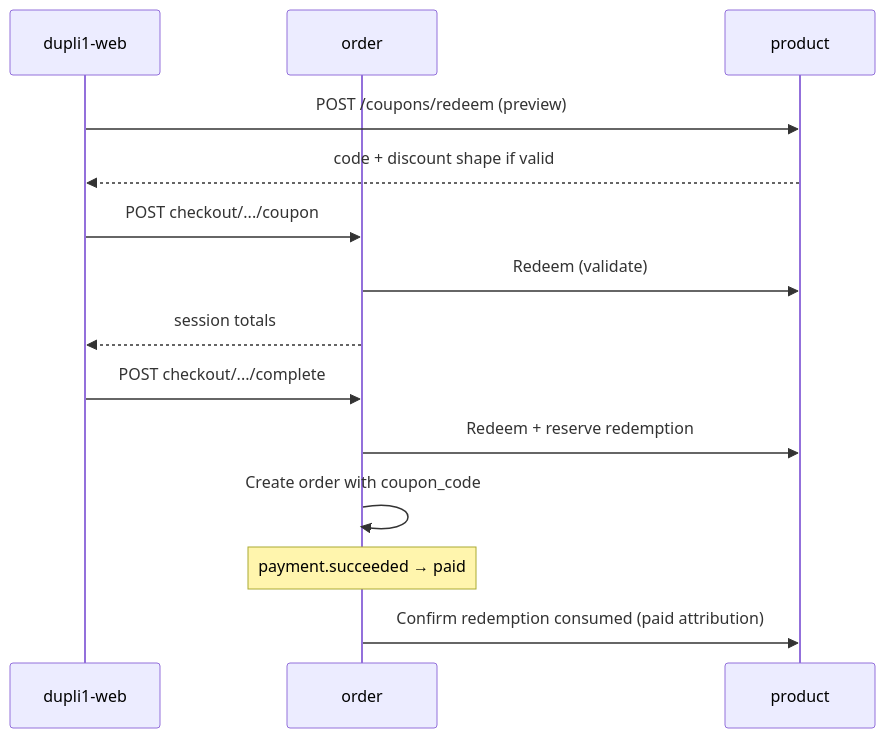
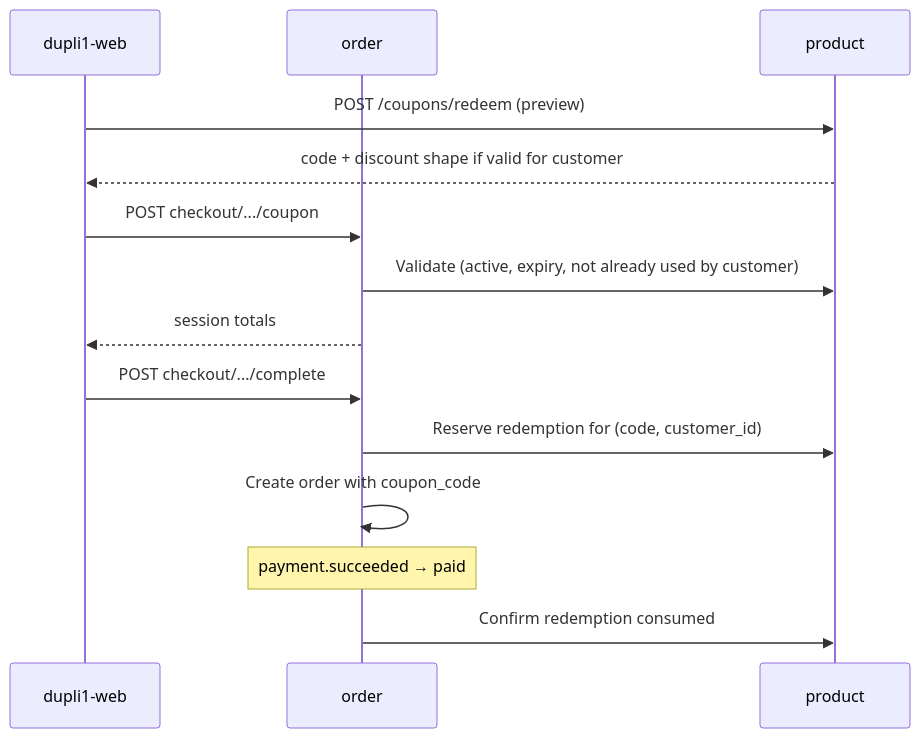
One commit to elug3/dupli1 changed the first of 2 diagrams in docs/product-promo-referral-code-plan.md. Above: the diagram before and after it, drawn with Mermaid. The commit also changed other lines of this file and 2 other files, not shown here.

````diff
--- a/docs/product-promo-referral-code-plan.md
+++ b/docs/product-promo-referral-code-plan.md
@@ -206,17 +218,17 @@
 ```mermaid
 sequenceDiagram
   participant Web as dupli1-web
   participant Order as order
   participant Product as product
 
   Web->>Product: POST /coupons/redeem (preview)
-  Product-->>Web: code + discount shape if valid
+  Product-->>Web: code + discount shape if valid for customer
   Web->>Order: POST checkout/.../coupon
-  Order->>Product: Redeem (validate)
+  Order->>Product: Validate (active, expiry, not already used by customer)
   Order-->>Web: session totals
   Web->>Order: POST checkout/.../complete
-  Order->>Product: Redeem + reserve redemption
+  Order->>Product: Reserve redemption for (code, customer_id)
   Order->>Order: Create order with coupon_code
   Note over Order: payment.succeeded → paid
-  Order->>Product: Confirm redemption consumed (paid attribution)
+  Order->>Product: Confirm redemption consumed
 ```
````
